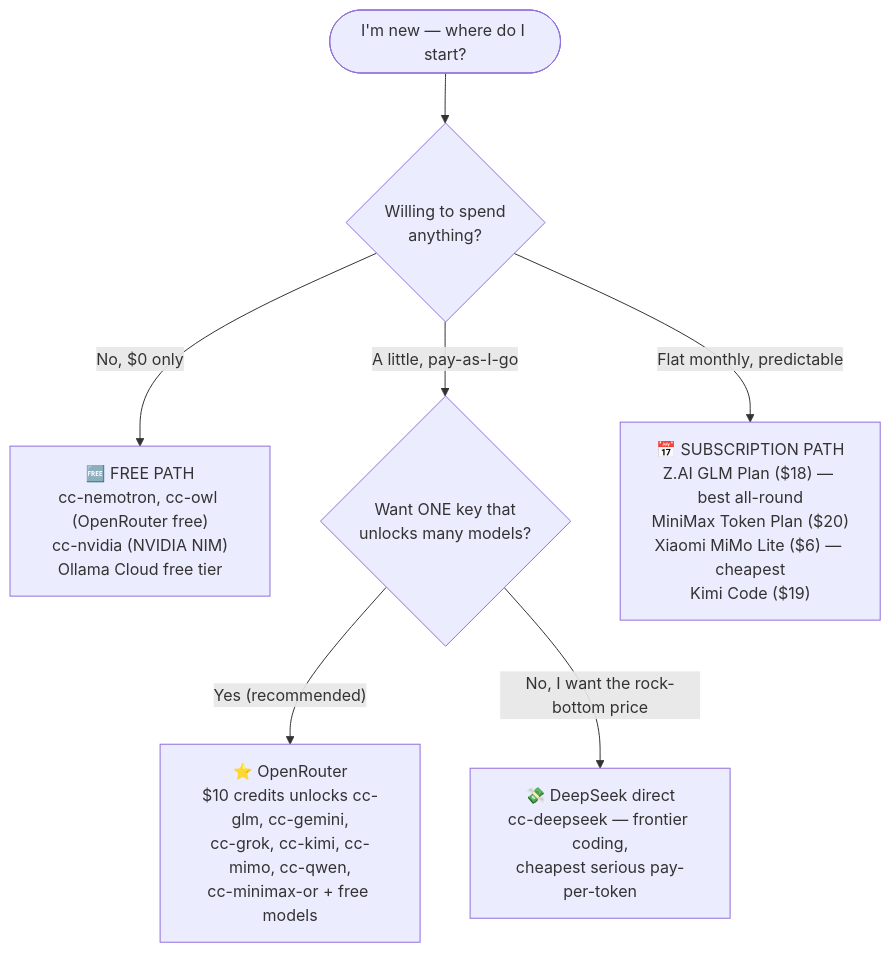
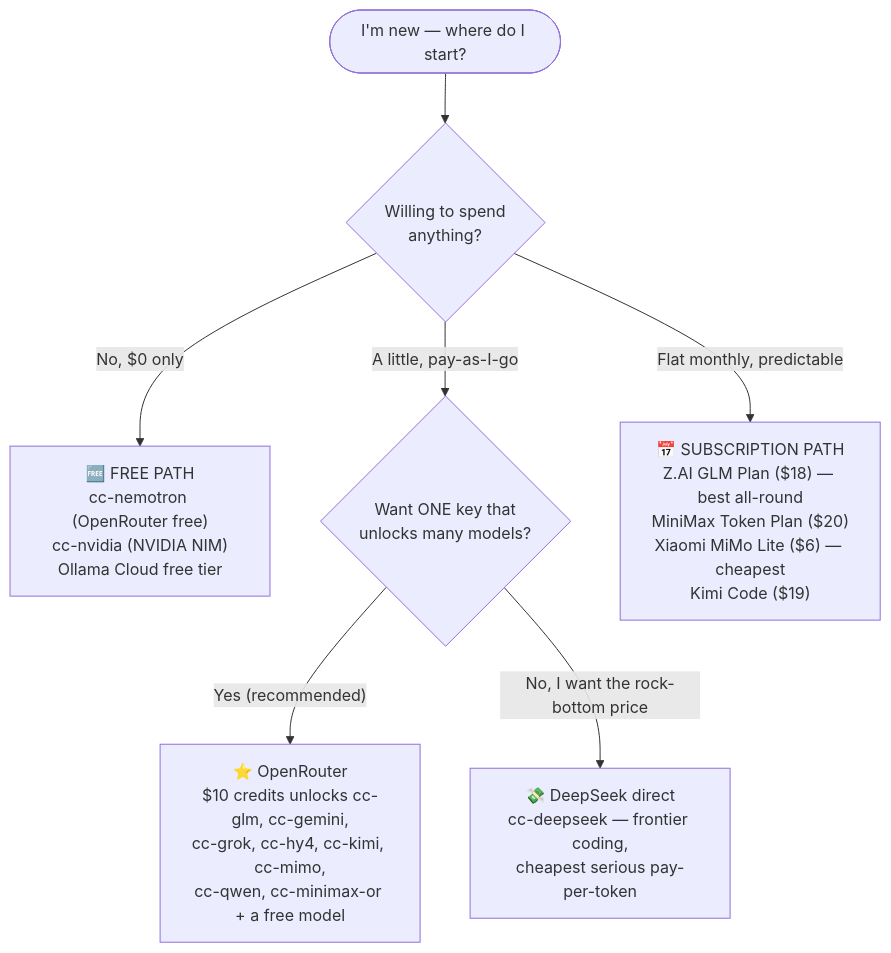
One commit to jimstratus/cc-switcher changed the fourth of 7 diagrams in docs/onboarding.md. Above: the diagram before and after it, drawn with Mermaid. The commit also changed other lines of this file and 20 other files, not shown here.

````diff
--- a/docs/onboarding.md
+++ b/docs/onboarding.md
@@ -178,9 +178,9 @@
 ```mermaid
 flowchart TD
     start(["I'm new — where do I start?"]) --> q1{"Willing to spend<br/>anything?"}
-    q1 -->|"No, $0 only"| free["🆓 FREE PATH<br/>cc-nemotron, cc-owl (OpenRouter free)<br/>cc-nvidia (NVIDIA NIM)<br/>Ollama Cloud free tier"]
+    q1 -->|"No, $0 only"| free["🆓 FREE PATH<br/>cc-nemotron (OpenRouter free)<br/>cc-nvidia (NVIDIA NIM)<br/>Ollama Cloud free tier"]
     q1 -->|"A little, pay-as-I-go"| q2{"Want ONE key that<br/>unlocks many models?"}
     q1 -->|"Flat monthly, predictable"| sub["📅 SUBSCRIPTION PATH<br/>Z.AI GLM Plan ($18) — best all-round<br/>MiniMax Token Plan ($20)<br/>Xiaomi MiMo Lite ($6) — cheapest<br/>Kimi Code ($19)"]
-    q2 -->|"Yes (recommended)"| or["⭐ OpenRouter<br/>$10 credits unlocks cc-glm, cc-gemini,<br/>cc-grok, cc-kimi, cc-mimo, cc-qwen,<br/>cc-minimax-or + free models"]
+    q2 -->|"Yes (recommended)"| or["⭐ OpenRouter<br/>$10 credits unlocks cc-glm, cc-gemini,<br/>cc-grok, cc-hy4, cc-kimi, cc-mimo,<br/>cc-qwen, cc-minimax-or + a free model"]
     q2 -->|"No, I want the rock-bottom price"| ds["💸 DeepSeek direct<br/>cc-deepseek — frontier coding,<br/>cheapest serious pay-per-token"]
 ```
````
